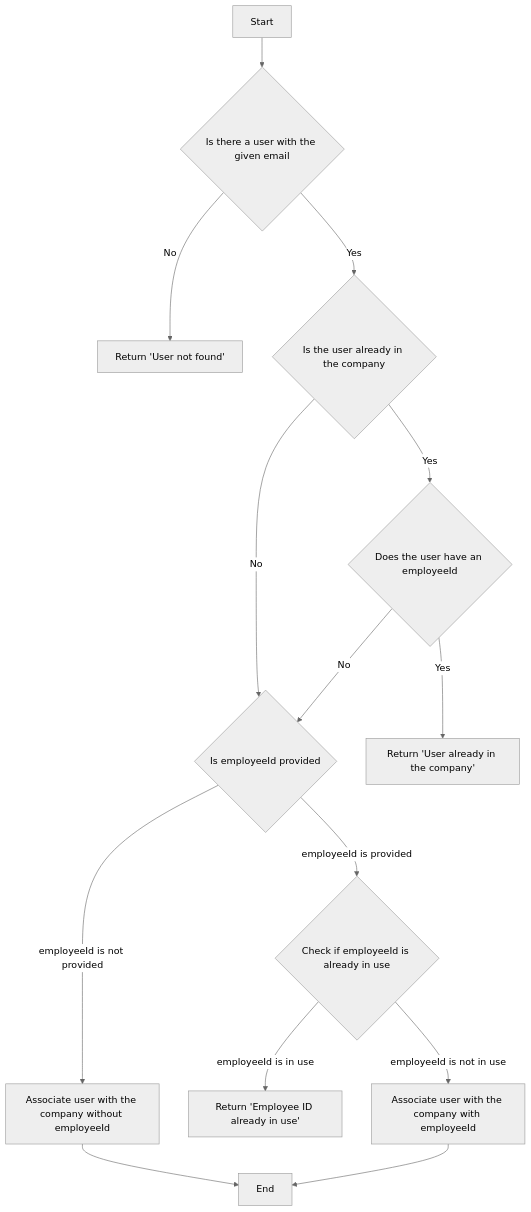
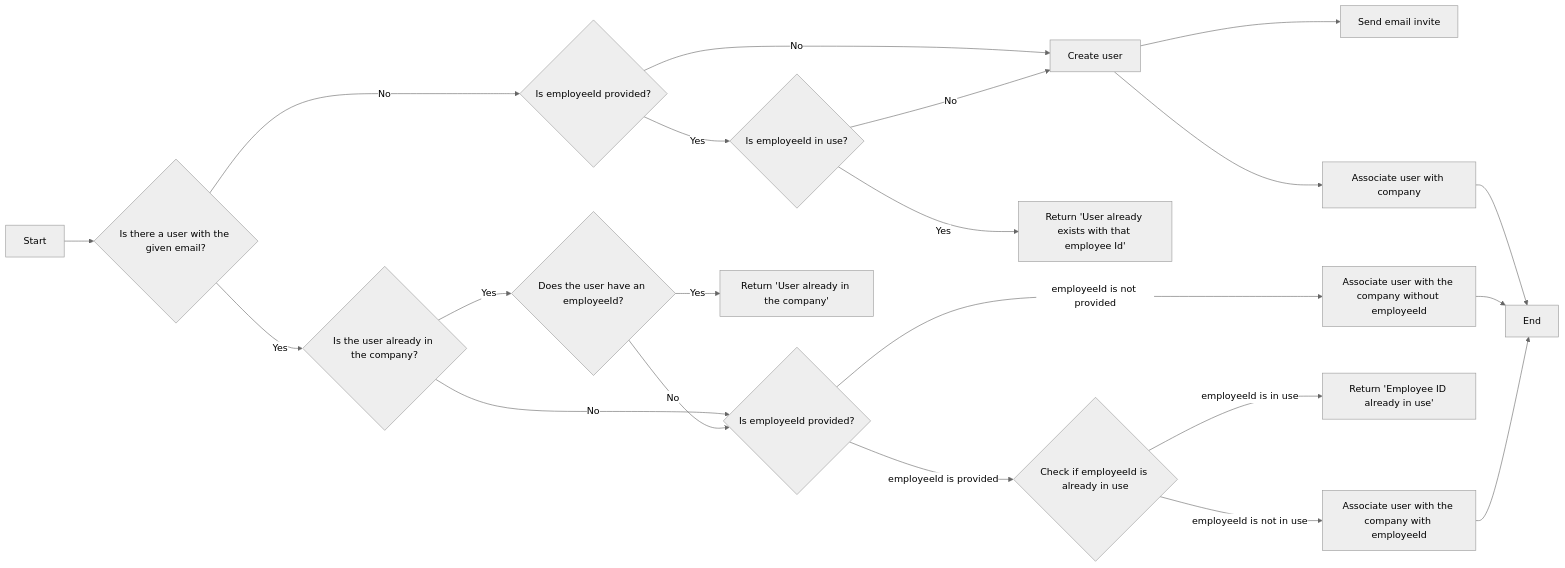
One commit to hestiatechnology/hestia-erp changed the diagram in docs/IdentityManagement/AddUserToCompany.md. Above: the diagram before and after it, drawn with Mermaid (neutral theme).

Commit message:
chore: Refactor AddUserToCompany.md for improved readability and maintainability

````diff
--- a/docs/IdentityManagement/AddUserToCompany.md
+++ b/docs/IdentityManagement/AddUserToCompany.md
@@ -2,16 +2,23 @@
 ```mermaid
-graph TD
-    A[Start] --> G{Is there a user with the given email}
-    G --> |No| H[Return 'User not found']
-    G --> |Yes| I{Is the user already in the company}
-    I --> |No| K{Is employeeId provided}
-    K --> |employeeId is not provided| L[Associate user with the company without employeeId]
-    K --> |employeeId is provided| M{Check if employeeId is already in use}
-    M --> |employeeId is in use| N[Return 'Employee ID already in use']
-    M --> |employeeId is not in use| O[Associate user with the company with employeeId]
-    L --> Q[End]
-    O --> Q[End]
-    I --> |Yes| P{Does the user have an employeeId}
-    P --> |No| K
-    P --> |Yes| J[Return 'User already in the company']
+graph LR
+    Start[Start] --> CheckEmail{Is there a user with the given email?}
+    CheckEmail --> |No| CheckEmployeeId{Is employeeId provided?}
+    CheckEmployeeId --> |No| CreateUser[Create user]
+    CreateUser --> SendMail[Send email invite]
+    CreateUser --> AssociateUserCompany[Associate user with company]
+    AssociateUserCompany --> End
+    CheckEmployeeId --> |Yes| CheckEmployeeInUse{Is employeeId in use?}
+    CheckEmployeeInUse --> |Yes| UserExists[Return 'User already exists with that employee Id']
+    CheckEmployeeInUse --> |No| CreateUser
+    CheckEmail --> |Yes| CheckCompanyMembership{Is the user already in the company?}
+    CheckCompanyMembership --> |No| CheckEmployeeIdForAssociation{Is employeeId provided?}
+    CheckEmployeeIdForAssociation --> |employeeId is not provided| AssociateWithoutEmployeeId[Associate user with the company without employeeId]
+    CheckEmployeeIdForAssociation --> |employeeId is provided| VerifyEmployeeIdUsage{Check if employeeId is already in use}
+    VerifyEmployeeIdUsage --> |employeeId is in use| ReturnEmployeeIdInUse[Return 'Employee ID already in use']
+    VerifyEmployeeIdUsage --> |employeeId is not in use| AssociateWithEmployeeId[Associate user with the company with employeeId]
+    AssociateWithoutEmployeeId --> End[End]
+    AssociateWithEmployeeId --> End[End]
+    CheckCompanyMembership --> |Yes| CheckUserEmployeeId{Does the user have an employeeId?}
+    CheckUserEmployeeId --> |No| CheckEmployeeIdForAssociation
+    CheckUserEmployeeId --> |Yes| ReturnUserInCompany[Return 'User already in the company']
 ```
````
